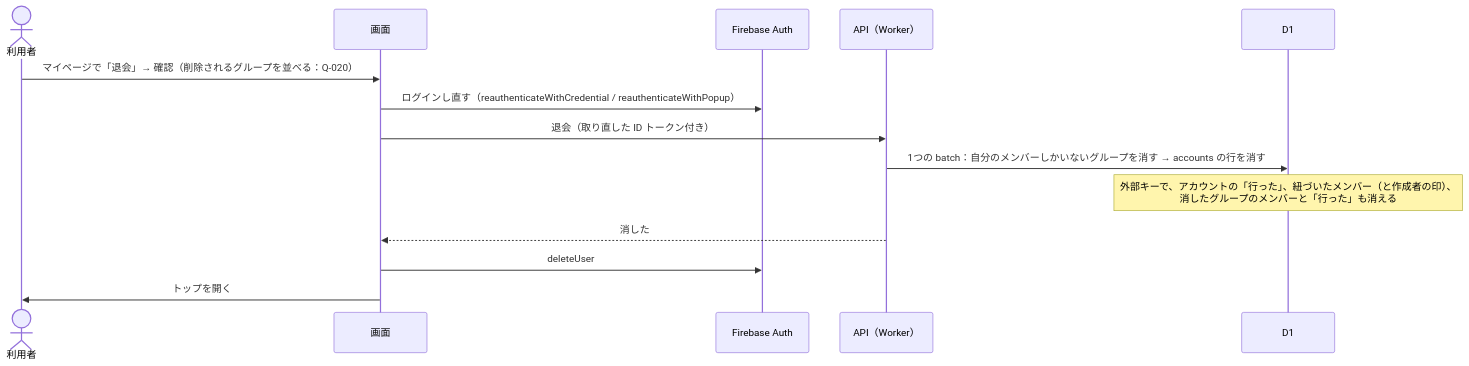
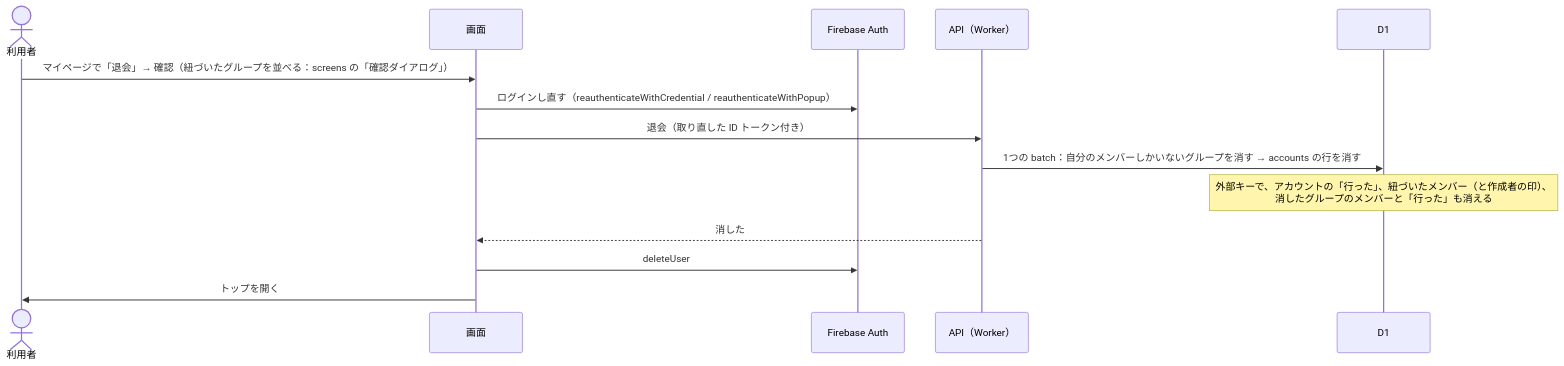
Before and after one commit to yuppy52/tabikaigi-map: the fourth of 4 diagrams in docs/design/auth-flow.md, drawn with Mermaid. The commit also changed other lines of this file and 10 other files, not shown here.

````diff
--- a/docs/design/auth-flow.md
+++ b/docs/design/auth-flow.md
@@ -164,17 +165,17 @@
 ```mermaid
 sequenceDiagram
   actor U as 利用者
   participant App as 画面
   participant Auth as Firebase Auth
   participant API as API（Worker）
   participant DB as D1
 
-  U->>App: マイページで「退会」→ 確認（削除されるグループを並べる：Q-020）
+  U->>App: マイページで「退会」→ 確認（紐づいたグループを並べる：screens の「確認ダイアログ」）
   App->>Auth: ログインし直す（reauthenticateWithCredential / reauthenticateWithPopup）
   App->>API: 退会（取り直した ID トークン付き）
   API->>DB: 1つの batch：自分のメンバーしかいないグループを消す → accounts の行を消す
   Note over DB: 外部キーで、アカウントの「行った」、紐づいたメンバー（と作成者の印）、<br/>消したグループのメンバーと「行った」も消える
   API-->>App: 消した
   App->>Auth: deleteUser
   App->>U: トップを開く
 ```
````
